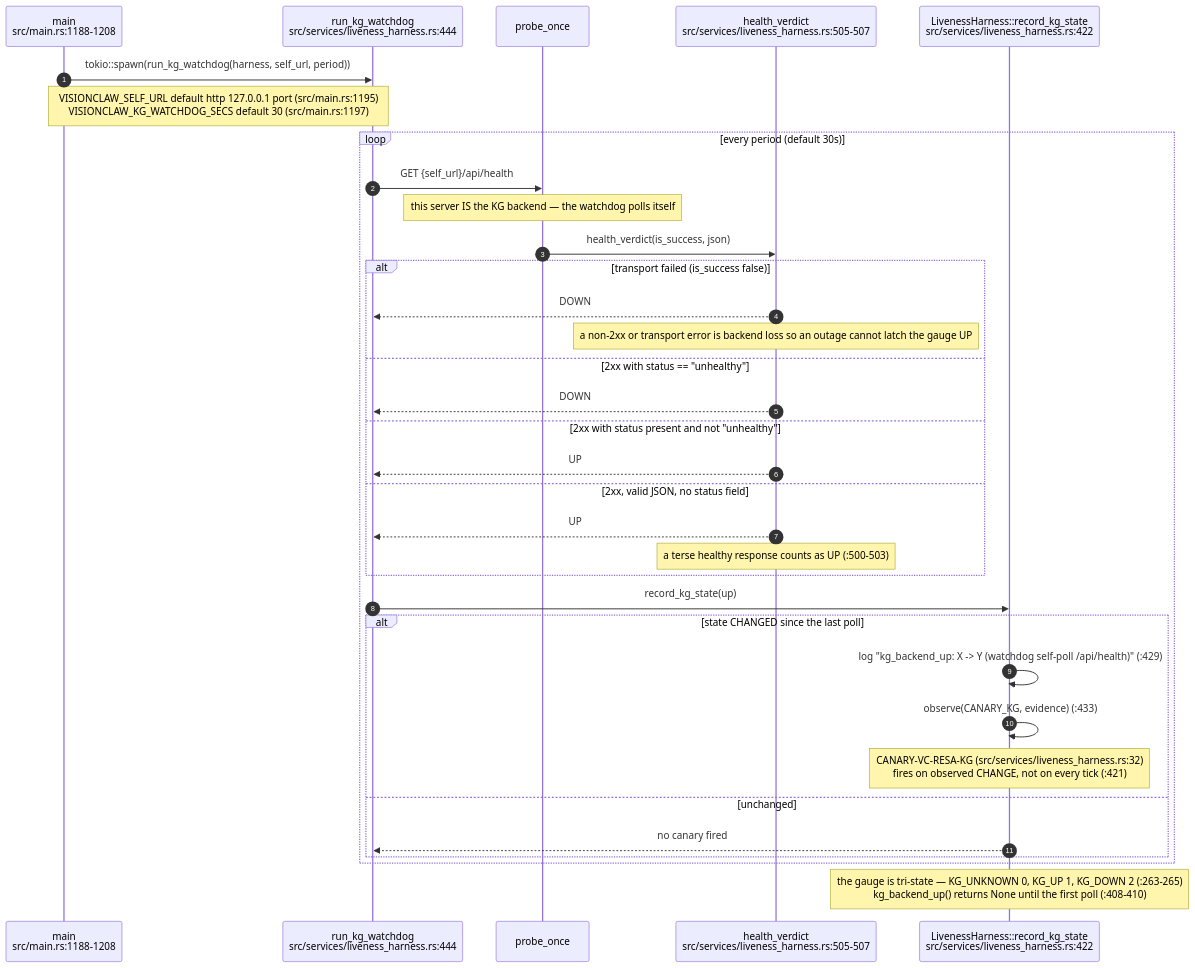
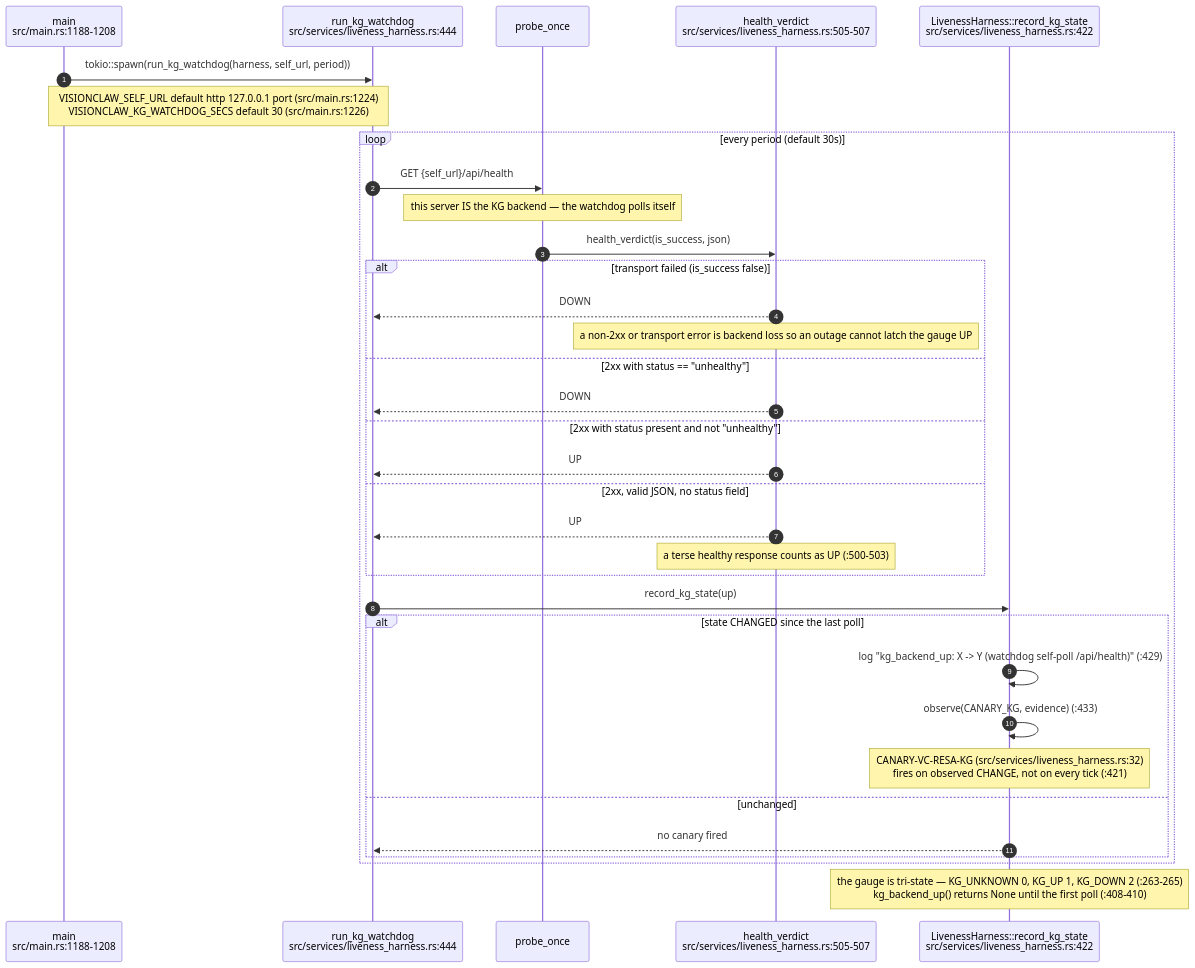
Before and after one commit to DreamLab-AI/VisionFlow: the second of 12 diagrams in docs/diagrams/visionclaw/08-observability-health-and-dev-loop.md, drawn with Mermaid. The commit also changed other lines of this file and 51 other files, not shown here.

First line of the commit message:
docs(diagrams): agentbox AB-01..13 re-attested anchor by anchor (980 anchors, 22 defects); checkpoint against an out-of-mesh writer

````diff
--- a/docs/diagrams/visionclaw/08-observability-health-and-dev-loop.md
+++ b/docs/diagrams/visionclaw/08-observability-health-and-dev-loop.md
@@ -65,37 +65,37 @@
 ```mermaid
 sequenceDiagram
     autonumber
     participant M as main<br/>src/main.rs:1188-1208
     participant W as run_kg_watchdog<br/>src/services/liveness_harness.rs:444
     participant P as probe_once
     participant V as health_verdict<br/>src/services/liveness_harness.rs:505-507
     participant H as LivenessHarness::record_kg_state<br/>src/services/liveness_harness.rs:422
 
     M->>W: tokio::spawn(run_kg_watchdog(harness, self_url, period))
-    Note over M,W: VISIONCLAW_SELF_URL default http 127.0.0.1 port (src/main.rs:1195)<br/>VISIONCLAW_KG_WATCHDOG_SECS default 30 (src/main.rs:1197)
+    Note over M,W: VISIONCLAW_SELF_URL default http 127.0.0.1 port (src/main.rs:1224)<br/>VISIONCLAW_KG_WATCHDOG_SECS default 30 (src/main.rs:1226)
     loop every period (default 30s)
         W->>P: GET {self_url}/api/health
         Note over P: this server IS the KG backend — the watchdog polls itself
         P->>V: health_verdict(is_success, json)
         alt transport failed (is_success false)
             V-->>W: DOWN
             Note over V: a non-2xx or transport error is backend loss so an outage cannot latch the gauge UP
         else 2xx with status == "unhealthy"
             V-->>W: DOWN
         else 2xx with status present and not "unhealthy"
             V-->>W: UP
         else 2xx, valid JSON, no status field
             V-->>W: UP
             Note over V: a terse healthy response counts as UP (:500-503)
         end
         W->>H: record_kg_state(up)
         alt state CHANGED since the last poll
             H->>H: log "kg_backend_up: X -> Y (watchdog self-poll /api/health)" (:429)
             H->>H: observe(CANARY_KG, evidence) (:433)
             Note over H: CANARY-VC-RESA-KG (src/services/liveness_harness.rs:32)<br/>fires on observed CHANGE, not on every tick (:421)
         else unchanged
             H-->>W: no canary fired
         end
     end
     Note over H: the gauge is tri-state — KG_UNKNOWN 0, KG_UP 1, KG_DOWN 2 (:263-265)<br/>kg_backend_up() returns None until the first poll (:408-410)
 ```
````
